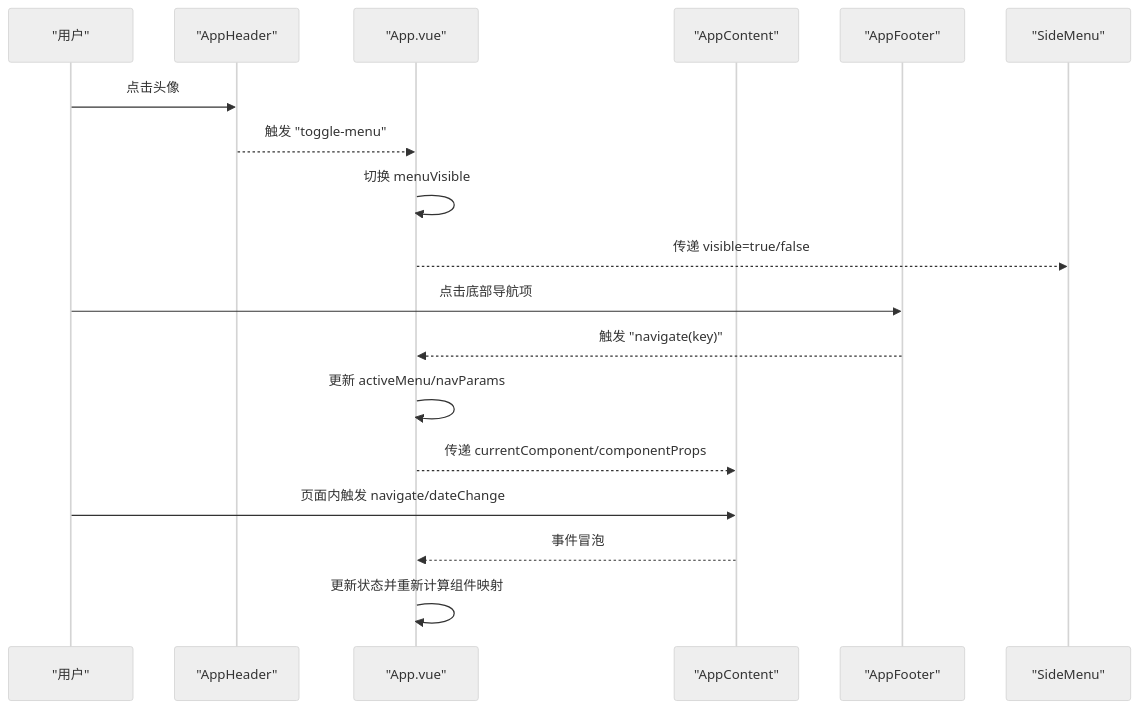
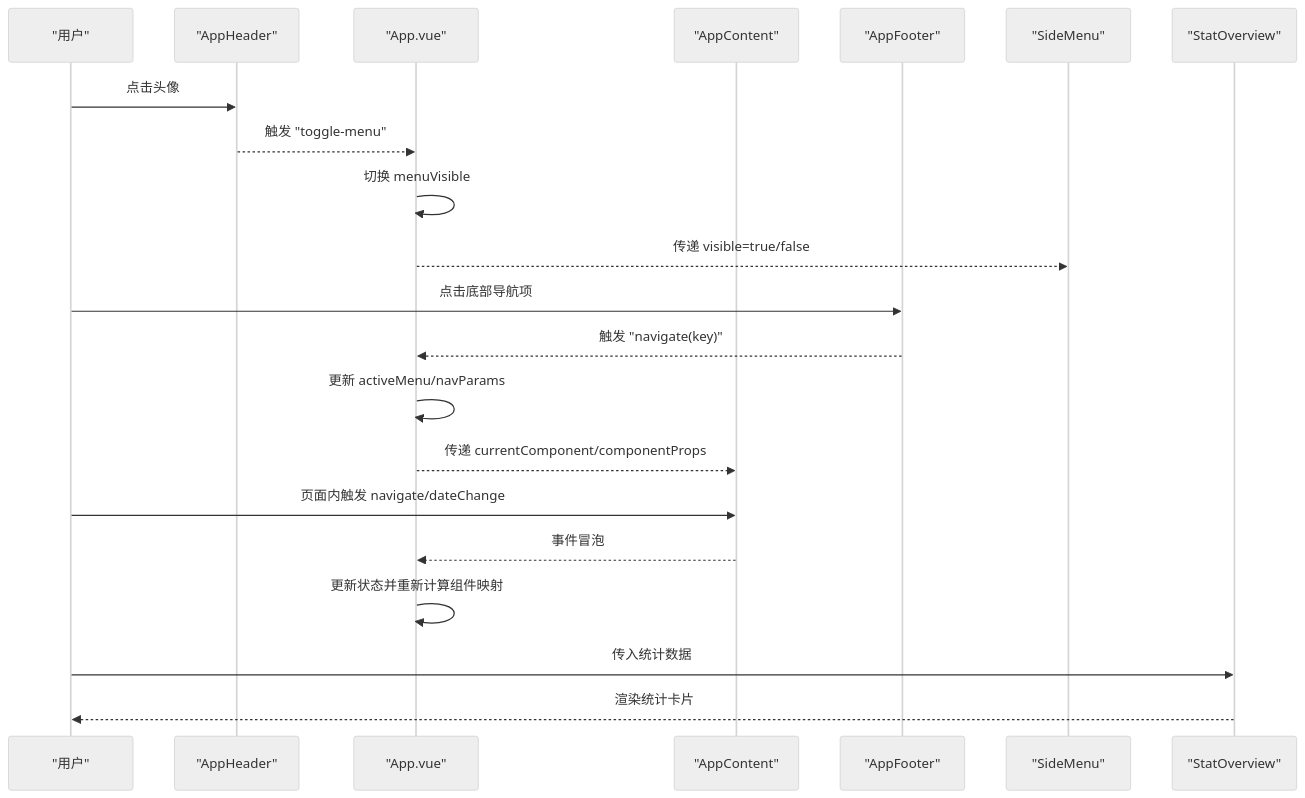
One commit to xiao-lin-unit/yuan changed the second of 13 diagrams in .qoder/repowiki/zh/content/UI组件/UI组件.md. Above: the diagram before and after it, drawn with Mermaid (neutral theme). The commit also changed other lines of this file and 14 other files, not shown here.

````diff
--- a/.qoder/repowiki/zh/content/UI组件/UI组件.md
+++ b/.qoder/repowiki/zh/content/UI组件/UI组件.md
@@ -185,20 +201,23 @@
 ```mermaid
 sequenceDiagram
 participant U as "用户"
 participant AH as "AppHeader"
 participant APP as "App.vue"
 participant AC as "AppContent"
 participant AF as "AppFooter"
 participant SM as "SideMenu"
+participant SO as "StatOverview"
 U->>AH : 点击头像
 AH-->>APP : 触发 "toggle-menu"
 APP->>APP : 切换 menuVisible
 APP-->>SM : 传递 visible=true/false
 U->>AF : 点击底部导航项
 AF-->>APP : 触发 "navigate(key)"
 APP->>APP : 更新 activeMenu/navParams
 APP-->>AC : 传递 currentComponent/componentProps
 U->>AC : 页面内触发 navigate/dateChange
 AC-->>APP : 事件冒泡
 APP->>APP : 更新状态并重新计算组件映射
+U->>SO : 传入统计数据
+SO-->>U : 渲染统计卡片
 ```
````
